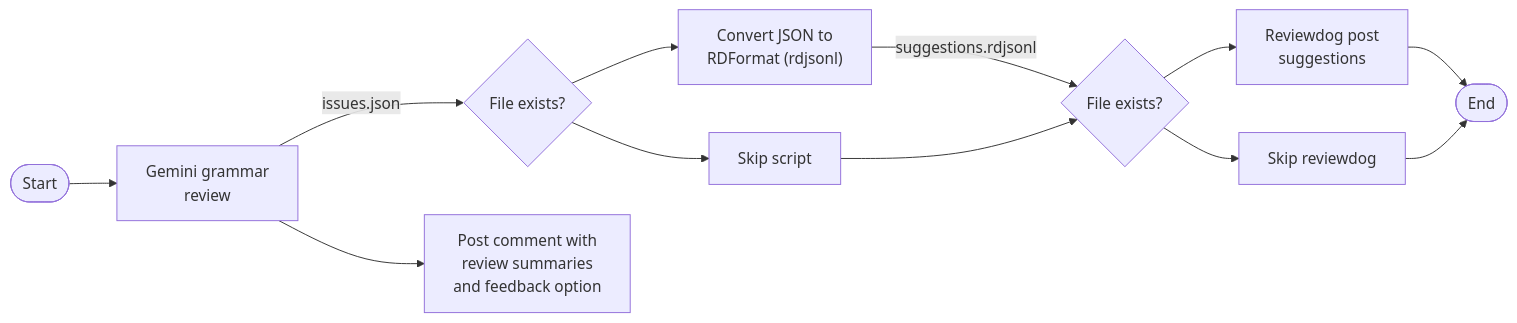
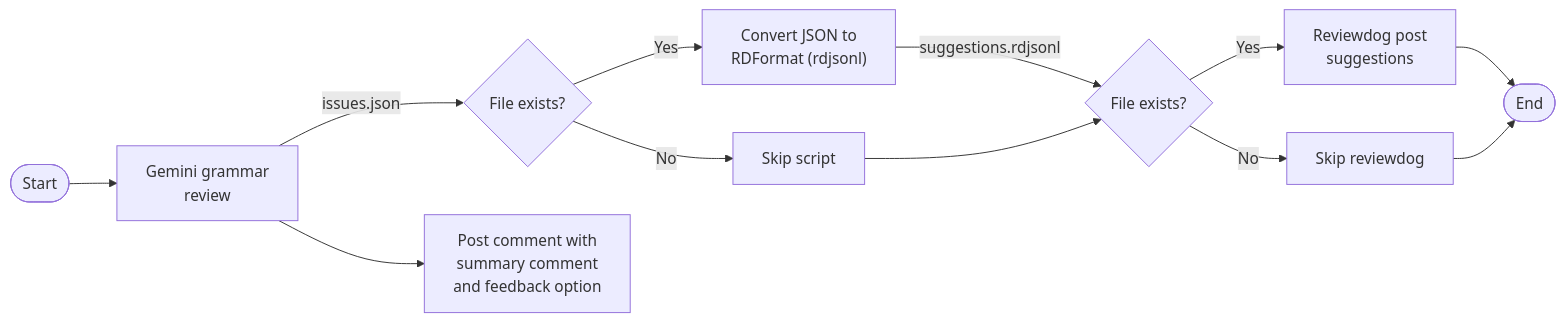
One commit to vtexdocs/ai-grammar-reviewer-action changed the diagram in README.md. Above: the diagram before and after it, drawn with Mermaid.

Commit message:
Mermaid diagram corrections in README

````diff
--- a/README.md
+++ b/README.md
@@ -72,11 +72,13 @@
 ```mermaid
 flowchart LR
     A(["Start"]) --> B["Gemini grammar<br/>review"]
     B --issues.json--> C{"File exists?"}
-    B --> J["Post comment with<br/>review summaries<br/>and feedback option"]
-    C --> D["Convert JSON to<br/>RDFormat (rdjsonl)"] & E["Skip script"]
-    D --suggestions.rdjsonl--> F{"File exists?"}
-    E --> F{"File exists?"}
-    F --> G["Reviewdog post<br/>suggestions"] & H["Skip reviewdog"]
-    G & H --> I(["End"])
+    B --> D["Post comment with<br/>summary comment<br/>and feedback option"]
+    C --Yes--> E["Convert JSON to<br/>RDFormat (rdjsonl)"]
+    C --No --> F["Skip script"]
+    E --suggestions.rdjsonl--> G{"File exists?"}
+    F --> G{"File exists?"}
+    G --Yes--> H["Reviewdog post<br/>suggestions"]
+    G --No --> I["Skip reviewdog"]
+    H & I --> J(["End"])
 ```
````
